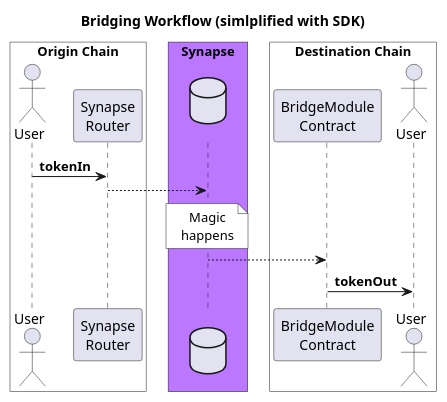
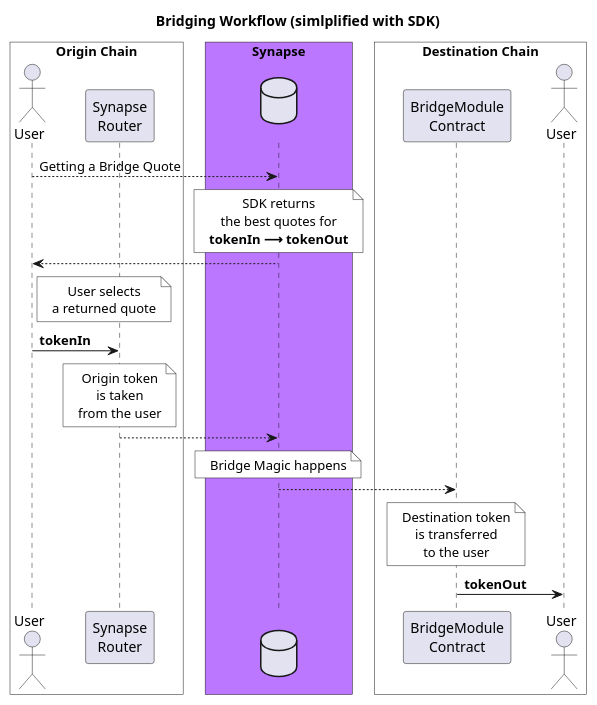
The diagram in packages/sdk-router/puml/bridging_simple.puml (synapsecns/sanguine), drawn with PlantUML before and after one commit. The commit also changed 1 other file, not shown here.

Commit message:
Improve simplified diagram

```diff
--- a/packages/sdk-router/puml/bridging_simple.puml
+++ b/packages/sdk-router/puml/bridging_simple.puml
@@ -1,29 +1,49 @@
 @startuml BridgingWorkflowSimplified
 skinparam BoxPadding 10
+skinparam ParticipantPadding 25
 skinparam NoteTextAlignment center
-skinparam SequenceMessageAlign reverseDirection
 title Bridging Workflow (simlplified with SDK)
 
 box "Origin Chain" #White
 actor "User" as OU
 participant "Synapse\nRouter" as OSR
 end box
 
-box "   Synapse   " #bb77ff
+box "             Synapse             " #bb77ff
 database " " as SYN
 end box
 
 box "Destination Chain" #White
 participant "BridgeModule\nContract" as DBM
 actor "User" as DU
 end box
 
+OU --> SYN: Getting a Bridge Quote
+note over SYN #White
+    SDK returns
+    the best quotes for
+    **tokenIn ⟶ tokenOut**
+end note
+SYN --> OU
+note right of OU #White
+    User selects
+    a returned quote
+end note
 OU -> OSR: **tokenIn**
-OSR ---> SYN
+note over OSR #White
+    Origin token
+    is taken
+    from the user
+end note
+OSR --> SYN
 note over SYN #White
-    Magic
-    happens
+    Bridge Magic happens
 end note
 SYN --> DBM
+note over DBM #White
+    Destination token
+    is transferred
+    to the user
+end note
 DBM -> DU: **tokenOut**
 @enduml
```
